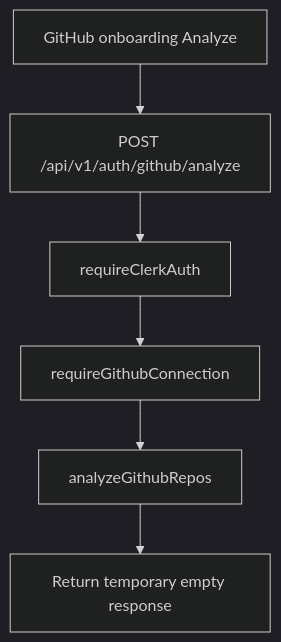
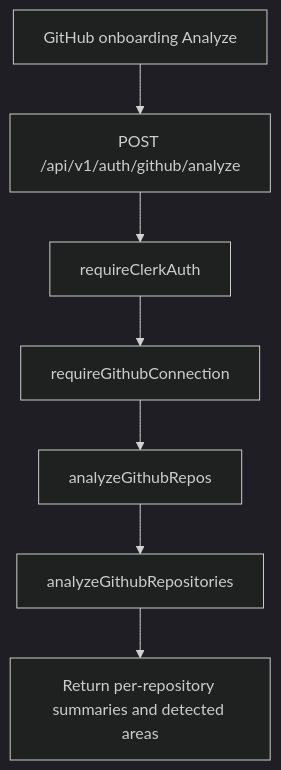
The diagram in docs/architecture/github-analysis/pipeline/README.md (myusubov/tailorcv), drawn with Mermaid (dark theme) before and after one commit. The commit also changed other lines of this file and 3 other files, not shown here.

````diff
--- a/docs/architecture/github-analysis/pipeline/README.md
+++ b/docs/architecture/github-analysis/pipeline/README.md
@@ -54,8 +54,9 @@
 ```mermaid
 flowchart TD
   FE[GitHub onboarding Analyze] --> Route[POST /api/v1/auth/github/analyze]
   Route --> Clerk[requireClerkAuth]
   Clerk --> GitHubAuth[requireGithubConnection]
   GitHubAuth --> Controller[analyzeGithubRepos]
-  Controller --> Response[Return temporary empty response]
+  Controller --> Service[analyzeGithubRepositories]
+  Service --> Response[Return per-repository summaries and detected areas]
 ```
````
